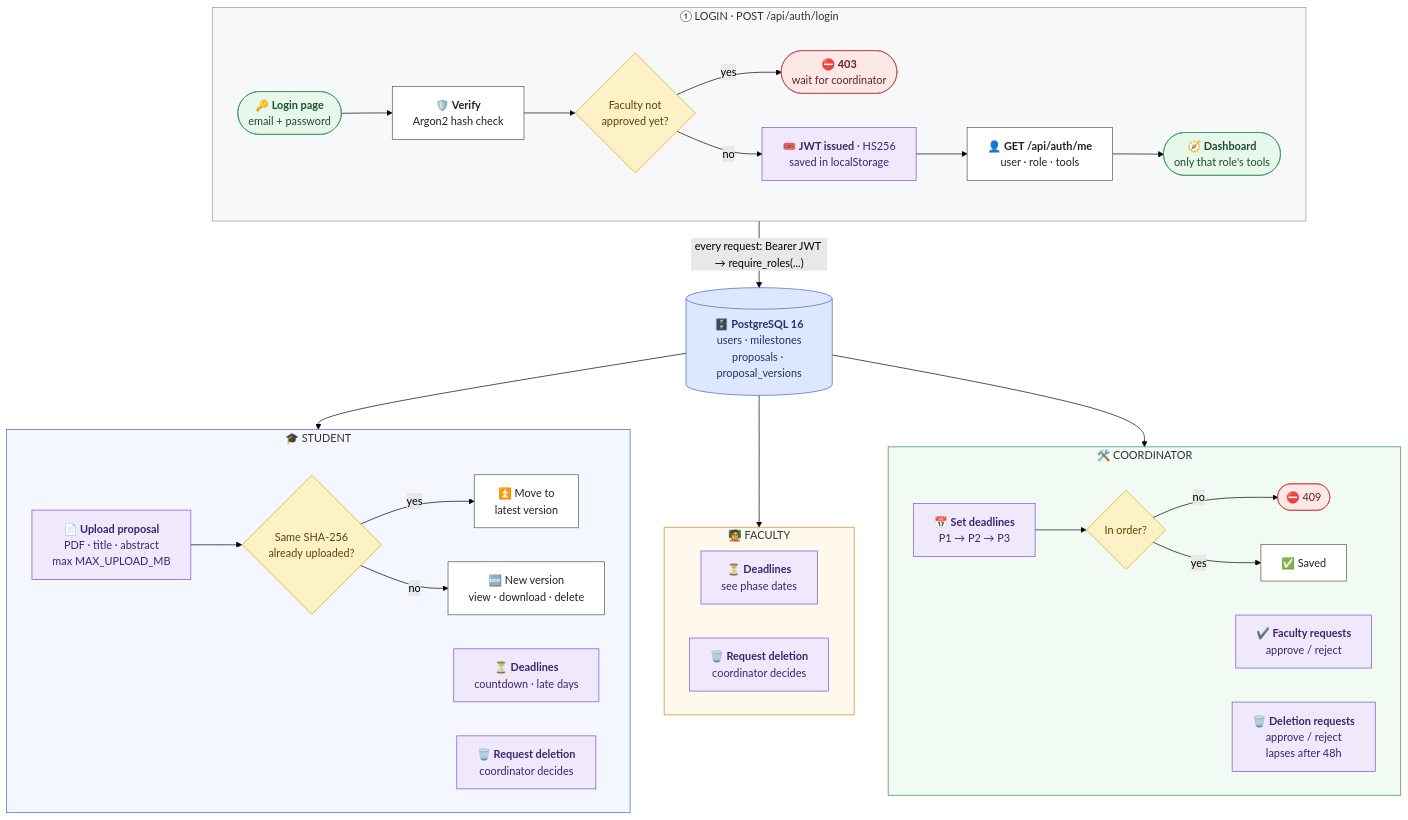
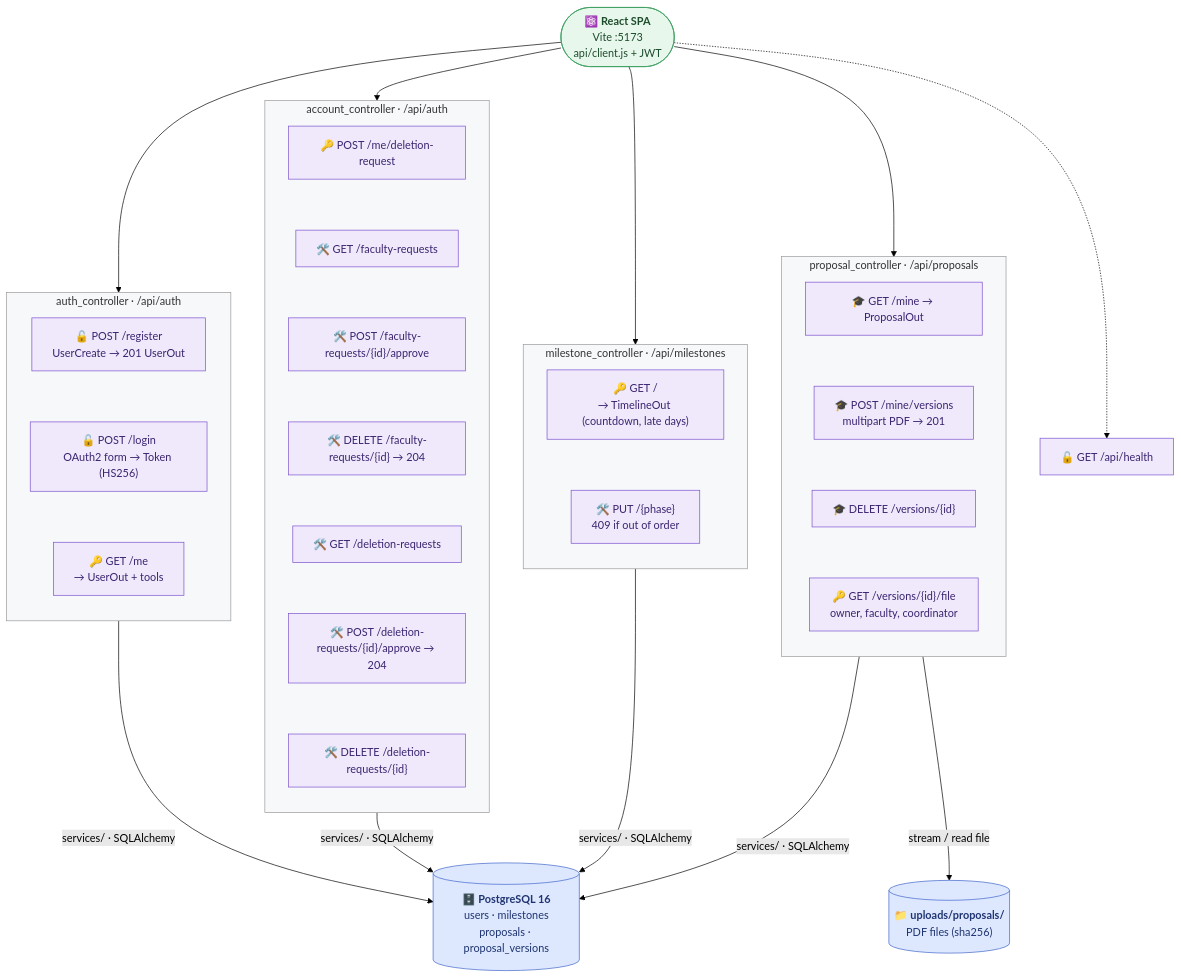
One commit to ironMan-blip/ThesisFlow changed the diagram in README.md. Above: the diagram before and after it, drawn with Mermaid (forest theme). The commit also changed other lines of this file, not shown here.

Commit message:
docs: update architecture diagram with comprehensive API map in README

````diff
--- a/README.md
+++ b/README.md
@@ -16,60 +18,61 @@
 ```mermaid
 flowchart TB
-    subgraph AUTH["① LOGIN · POST /api/auth/login"]
-        direction LR
-        L1(["🔑 <b>Login page</b><br/>email + password"]) --> L2["🛡️ <b>Verify</b><br/>Argon2 hash check"]
-        L2 --> L3{"Faculty not<br/>approved yet?"}
-        L3 -- yes --> L4(["⛔ <b>403</b><br/>wait for coordinator"])
-        L3 -- no --> L5["🎟️ <b>JWT issued</b> · HS256<br/>saved in localStorage"]
-        L5 --> L6["👤 <b>GET /api/auth/me</b><br/>user · role · tools"]
-        L6 --> L7(["🧭 <b>Dashboard</b><br/>only that role's tools"])
+    SPA(["⚛️ <b>React SPA</b><br/>Vite :5173<br/>api/client.js + JWT"])
+
+    subgraph AUTH["auth_controller · /api/auth"]
+        direction TB
+        A1["🔓 POST /register<br/>UserCreate → 201 UserOut"]
+        A2["🔓 POST /login<br/>OAuth2 form → Token (HS256)"]
+        A3["🔑 GET /me<br/>→ UserOut + tools"]
+        A1 ~~~ A2 ~~~ A3
     end
 
-    AUTH -- "every request: Bearer JWT → require_roles(...)" --> DB
+    subgraph ACC["account_controller · /api/auth"]
+        direction TB
+        B1["🔑 POST /me/deletion-request"]
+        B2["🛠️ GET /faculty-requests"]
+        B3["🛠️ POST /faculty-requests/{id}/approve"]
+        B4["🛠️ DELETE /faculty-requests/{id} → 204"]
+        B5["🛠️ GET /deletion-requests"]
+        B6["🛠️ POST /deletion-requests/{id}/approve → 204"]
+        B7["🛠️ DELETE /deletion-requests/{id}"]
+        B1 ~~~ B2 ~~~ B3 ~~~ B4 ~~~ B5 ~~~ B6 ~~~ B7
+    end
+
+    subgraph MIL["milestone_controller · /api/milestones"]
+        direction TB
+        M1["🔑 GET /<br/>→ TimelineOut (countdown, late days)"]
+        M2["🛠️ PUT /{phase}<br/>409 if out of order"]
+        M1 ~~~ M2
+    end
+
+    subgraph PRO["proposal_controller · /api/proposals"]
+        direction TB
+        P1["🎓 GET /mine → ProposalOut"]
+        P2["🎓 POST /mine/versions<br/>multipart PDF → 201"]
+        P3["🎓 DELETE /versions/{id}"]
+        P4["🔑 GET /versions/{id}/file<br/>owner, faculty, coordinator"]
+        P1 ~~~ P2 ~~~ P3 ~~~ P4
+    end
+
+    H["🔓 GET /api/health"]
 
     DB[("🗄️ <b>PostgreSQL 16</b><br/>users · milestones<br/>proposals · proposal_versions")]
+    FS[("📁 <b>uploads/proposals/</b><br/>PDF files (sha256)")]
 
-    DB --> STU & FAC & COO
-
-    subgraph STU["🎓 STUDENT"]
-        direction LR
-        S1["📄 <b>Upload proposal</b><br/>PDF · title · abstract<br/>max MAX_UPLOAD_MB"] --> S2{"Same SHA-256<br/>already uploaded?"}
-        S2 -- yes --> S3["⏫ Move to<br/>latest version"]
-        S2 -- no --> S4["🆕 New version<br/>view · download · delete"]
-        S5["⏳ <b>Deadlines</b><br/>countdown · late days"]
-        S6["🗑️ <b>Request deletion</b><br/>coordinator decides"]
-    end
-
-    subgraph FAC["🧑‍🏫 FACULTY"]
-        direction LR
-        F1["⏳ <b>Deadlines</b><br/>see phase dates"]
-        F2["🗑️ <b>Request deletion</b><br/>coordinator decides"]
-    end
-
-    subgraph COO["🛠️ COORDINATOR"]
-        direction LR
-        C1["📅 <b>Set deadlines</b><br/>P1 → P2 → P3"] --> C2{"In order?"}
-        C2 -- no --> C3(["⛔ 409"])
-        C2 -- yes --> C4["✅ Saved"]
-        C5["✔️ <b>Faculty requests</b><br/>approve / reject"]
-        C6["🗑️ <b>Deletion requests</b><br/>approve / reject<br/>lapses after 48h"]
-    end
+    SPA --> AUTH & ACC & MIL & PRO
+    SPA -.-> H
+    AUTH & ACC & MIL & PRO -- "services/ · SQLAlchemy" --> DB
+    PRO -- "stream / read file" --> FS
 
     classDef io fill:#e8f7ec,stroke:#3a9d5d,color:#1d4d2c
-    classDef step fill:#ffffff,stroke:#555,color:#222
-    classDef core fill:#efe9fb,stroke:#7a4fcf,color:#3b2470
-    classDef decide fill:#fdf1c7,stroke:#d9a400,color:#5c4500
-    classDef stop fill:#fde8e8,stroke:#c94a4a,color:#6b1f1f
+    classDef ep fill:#efe9fb,stroke:#7a4fcf,color:#3b2470
     classDef store fill:#dde8ff,stroke:#3f63c9,color:#1f3470
-
-    class L1,L7 io
-    class L2,L6,S3,S4,C4 step
-    class L5,S1,S5,S6,F1,F2,C1,C5,C6 core
-    class L3,S2,C2 decide
-    class L4,C3 stop
-    class DB store
+    class SPA io
+    class A1,A2,A3,B1,B2,B3,B4,B5,B6,B7,M1,M2,P1,P2,P3,P4,H ep
+    class DB,FS store
     style AUTH fill:#f7f8fa,stroke:#999
-    style STU fill:#f4f7ff,stroke:#3f63c9
-    style FAC fill:#fff8ec,stroke:#c48a1a
-    style COO fill:#f1faf3,stroke:#2f8a4f
+    style ACC fill:#f7f8fa,stroke:#999
+    style MIL fill:#f7f8fa,stroke:#999
+    style PRO fill:#f7f8fa,stroke:#999
 ```
````
